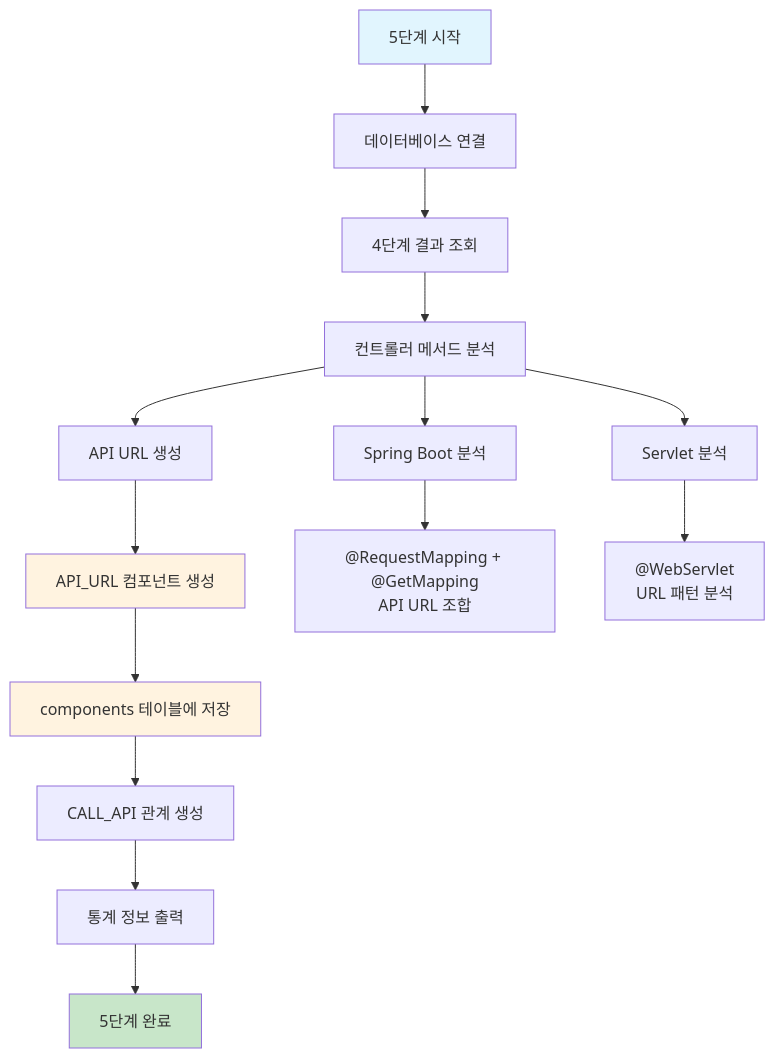
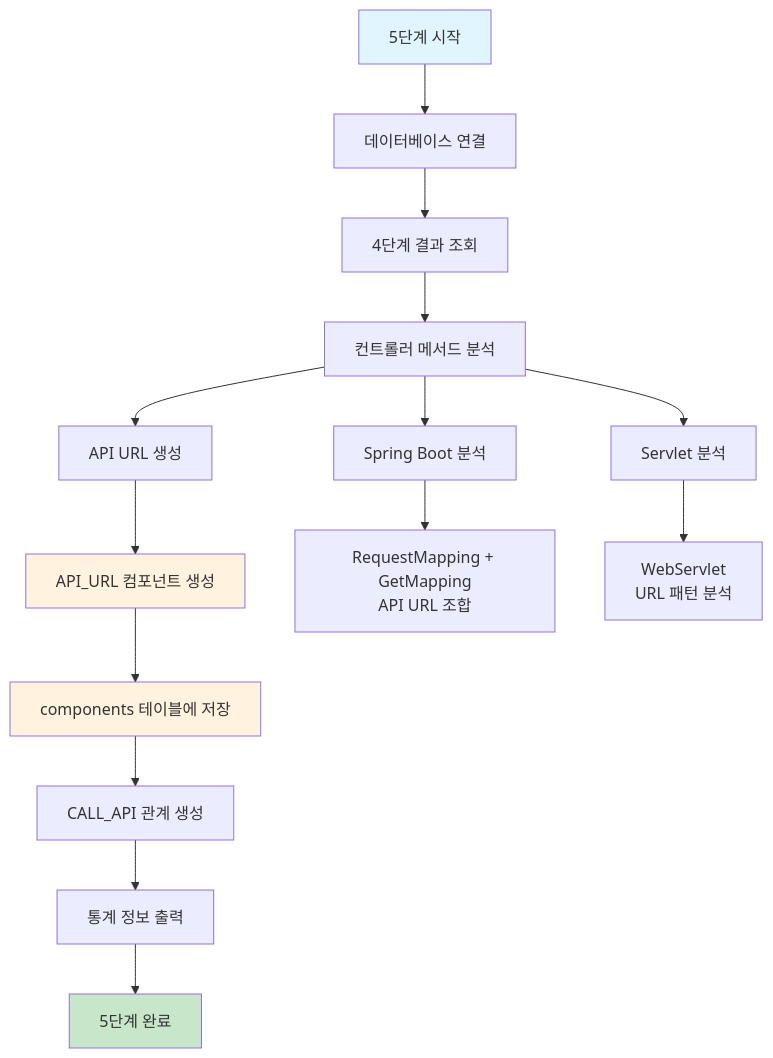
The diagram in docs/08_5단계_API_매핑_구현서.md (kumtaek/CreateMetaDb), drawn with Mermaid before and after one commit. The commit also changed other lines of this file and 109 other files, not shown here.

````diff
--- a/docs/08_5단계_API_매핑_구현서.md
+++ b/docs/08_5단계_API_매핑_구현서.md
@@ -15,23 +15,23 @@
 ```mermaid
 flowchart TD
     A[5단계 시작] --> B[데이터베이스 연결]
     B --> C[4단계 결과 조회]
     C --> D[컨트롤러 메서드 분석]
     D --> E[API URL 생성]
     E --> F[API_URL 컴포넌트 생성]
     F --> G[components 테이블에 저장]
     G --> H[CALL_API 관계 생성]
     H --> I[통계 정보 출력]
     I --> J[5단계 완료]
     
     D --> D1[Spring Boot 분석]
     D --> D2[Servlet 분석]
     
-    D1 --> D1a["@RequestMapping + @GetMapping\nAPI URL 조합"]
-    D2 --> D2a["@WebServlet\nURL 패턴 분석"]
+    D1 --> D1a["RequestMapping + GetMapping<br/>API URL 조합"]
+    D2 --> D2a["WebServlet<br/>URL 패턴 분석"]
     
     style A fill:#e1f5fe
     style J fill:#c8e6c9
     style F fill:#fff3e0
     style G fill:#fff3e0
 ```
````
